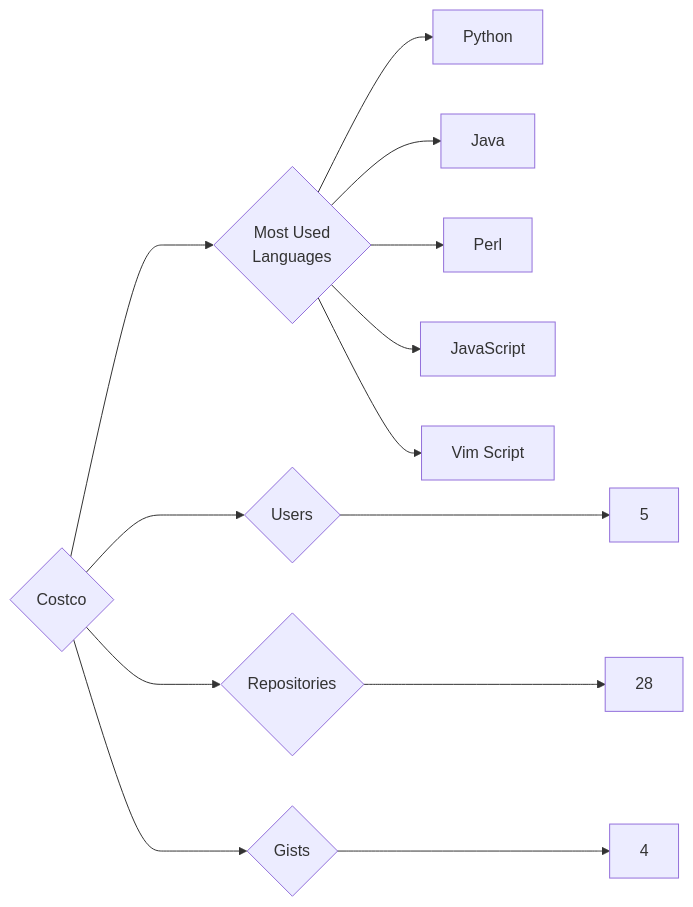
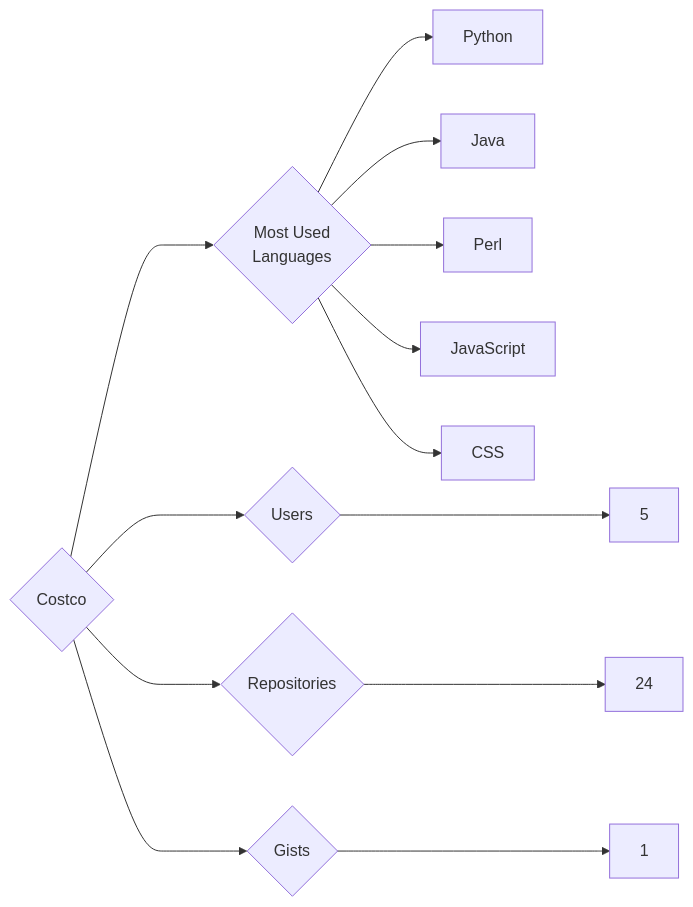
The diagram in targets/Costco/README.md (trickest/insiders), drawn with Mermaid before and after one commit. The commit also changed 985 other files, not shown here.

````diff
--- a/targets/Costco/README.md
+++ b/targets/Costco/README.md
@@ -3,13 +3,13 @@
 ```mermaid
 graph LR
 COMPANY_NAME{Costco}
 COMPANY_NAME ---> U{Users} ---> UN[5]
-COMPANY_NAME ---> R{Repositories} ---> RN[28]
-COMPANY_NAME ---> G{Gists} ---> GN[4]
+COMPANY_NAME ---> R{Repositories} ---> RN[24]
+COMPANY_NAME ---> G{Gists} ---> GN[1]
 COMPANY_NAME ---> ML{Most Used<br>Languages}
 ML --> Python[Python]
 ML --> Java[Java]
 ML --> Perl[Perl]
 ML --> JavaScript[JavaScript]
-ML --> Vim_Script[Vim Script]
+ML --> CSS[CSS]
 ```
````
